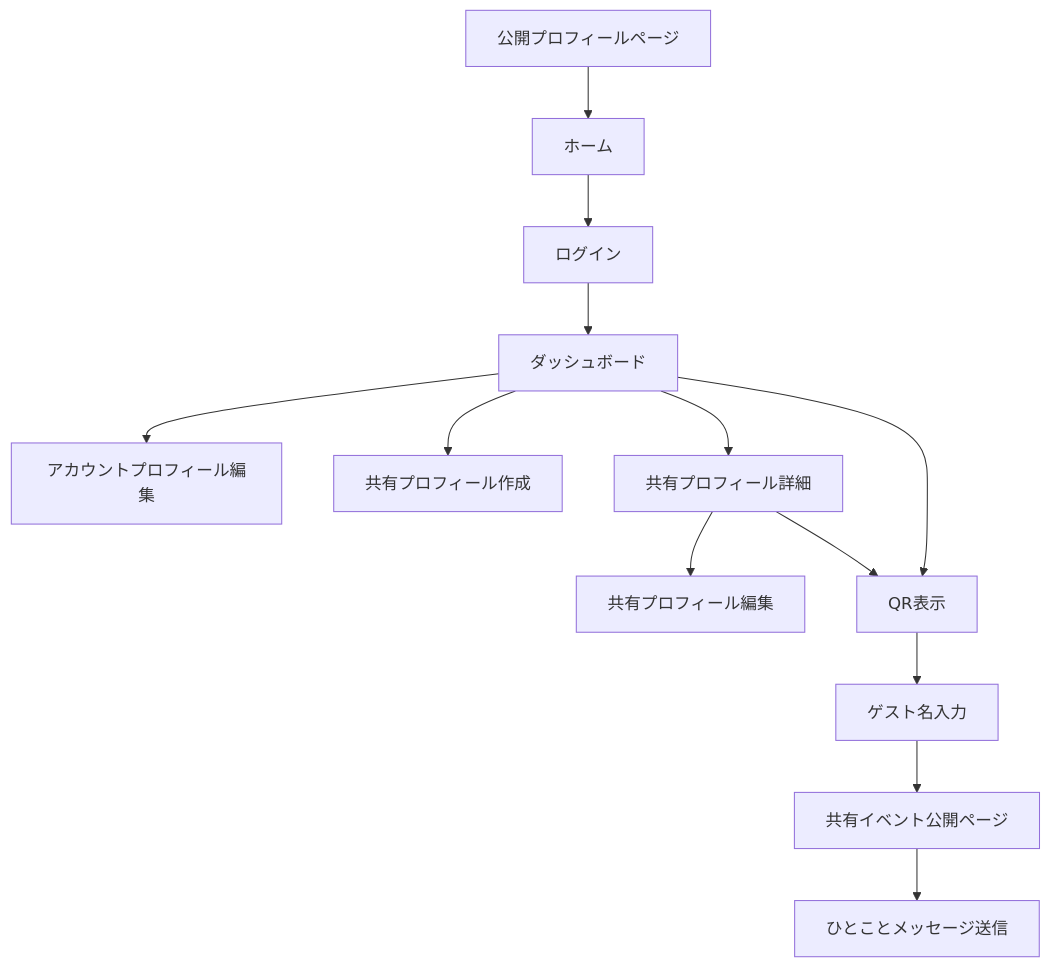
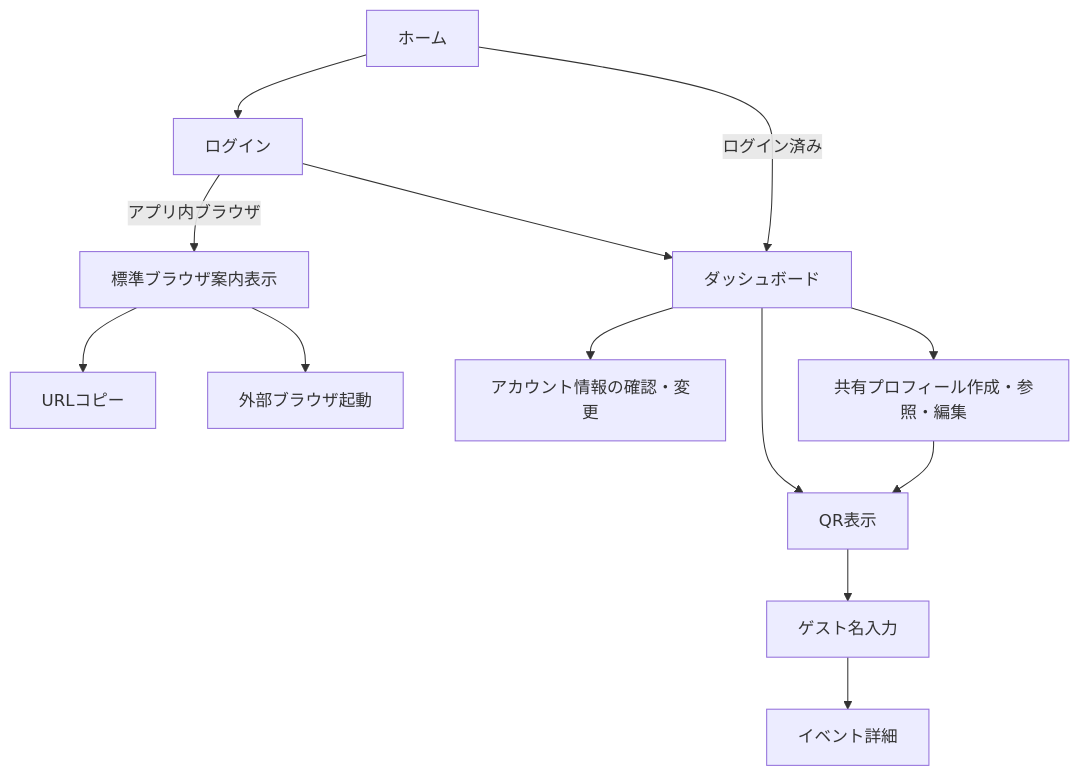
The first of 2 diagrams in docs/sitemap-and-screens.md (NaruSue/OGOA), drawn with Mermaid before and after one commit. The commit also changed other lines of this file and 1 other file, not shown here.

````diff
--- a/docs/sitemap-and-screens.md
+++ b/docs/sitemap-and-screens.md
@@ -429,15 +512,15 @@
 ```mermaid
 flowchart TD
     Home["ホーム"] --> Login["ログイン"]
+    Home -->|ログイン済み| Dashboard["ダッシュボード"]
     Login --> Dashboard["ダッシュボード"]
-    Dashboard --> Account["アカウントプロフィール編集"]
-    Dashboard --> ProfileNew["共有プロフィール作成"]
-    Dashboard --> ProfileDetail["共有プロフィール詳細"]
-    ProfileDetail --> ProfileEdit["共有プロフィール編集"]
-    ProfileDetail --> QR["QR表示"]
+    Login -->|アプリ内ブラウザ| BrowserGuide["標準ブラウザ案内表示"]
+    BrowserGuide --> CopyUrl["URLコピー"]
+    BrowserGuide --> ExternalBrowser["外部ブラウザ起動"]
+    Dashboard --> Account["アカウント情報の確認・変更"]
+    Dashboard --> ProfileManage["共有プロフィール作成・参照・編集"]
+    ProfileManage --> QR["QR表示"]
     Dashboard --> QR
     QR --> GuestName["ゲスト名入力"]
-    GuestName --> GuestEvent["共有イベント公開ページ"]
-    GuestEvent --> GuestMessage["ひとことメッセージ送信"]
-    PublicProfile["公開プロフィールページ"] --> Home
+    GuestName --> GuestEvent["イベント詳細"]
 ```
````
